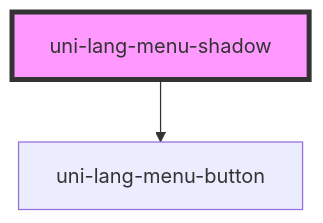
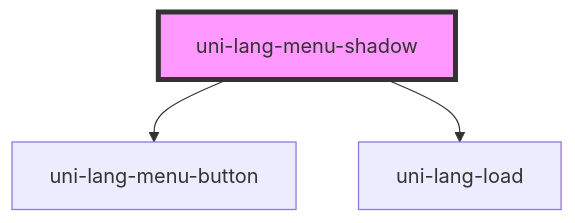
The diagram in src/lang-menu/@shadow/readme.md (uiregex/uni-localize), drawn with Mermaid before and after one commit. The commit also changed other lines of this file and 9 other files, not shown here.

````diff
--- a/src/lang-menu/@shadow/readme.md
+++ b/src/lang-menu/@shadow/readme.md
@@ -37,5 +38,6 @@
 ```mermaid
 graph TD;
   uni-lang-menu-shadow --> uni-lang-menu-button
+  uni-lang-menu-shadow --> uni-lang-load
   style uni-lang-menu-shadow fill:#f9f,stroke:#333,stroke-width:4px
 ```
````
